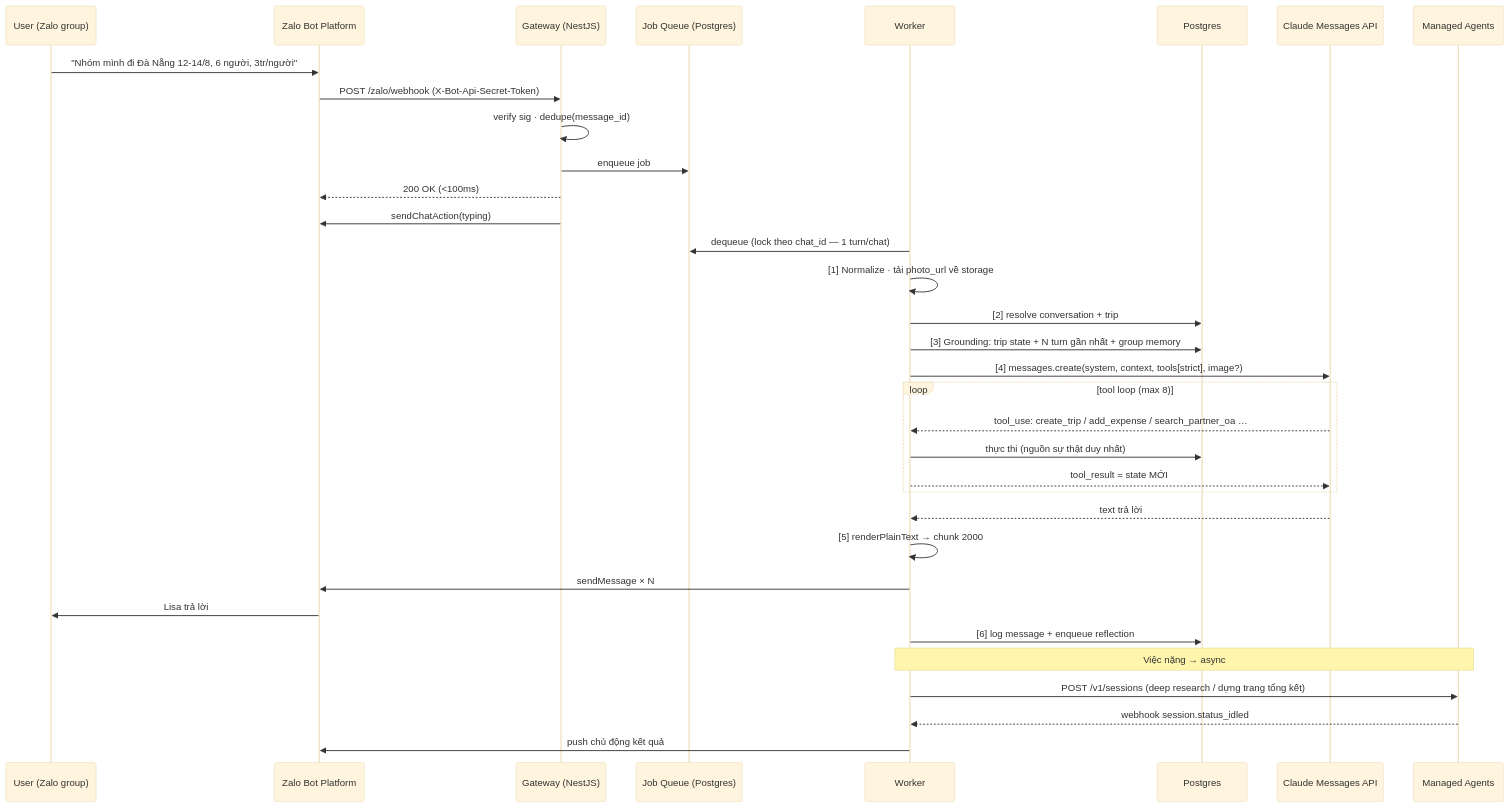
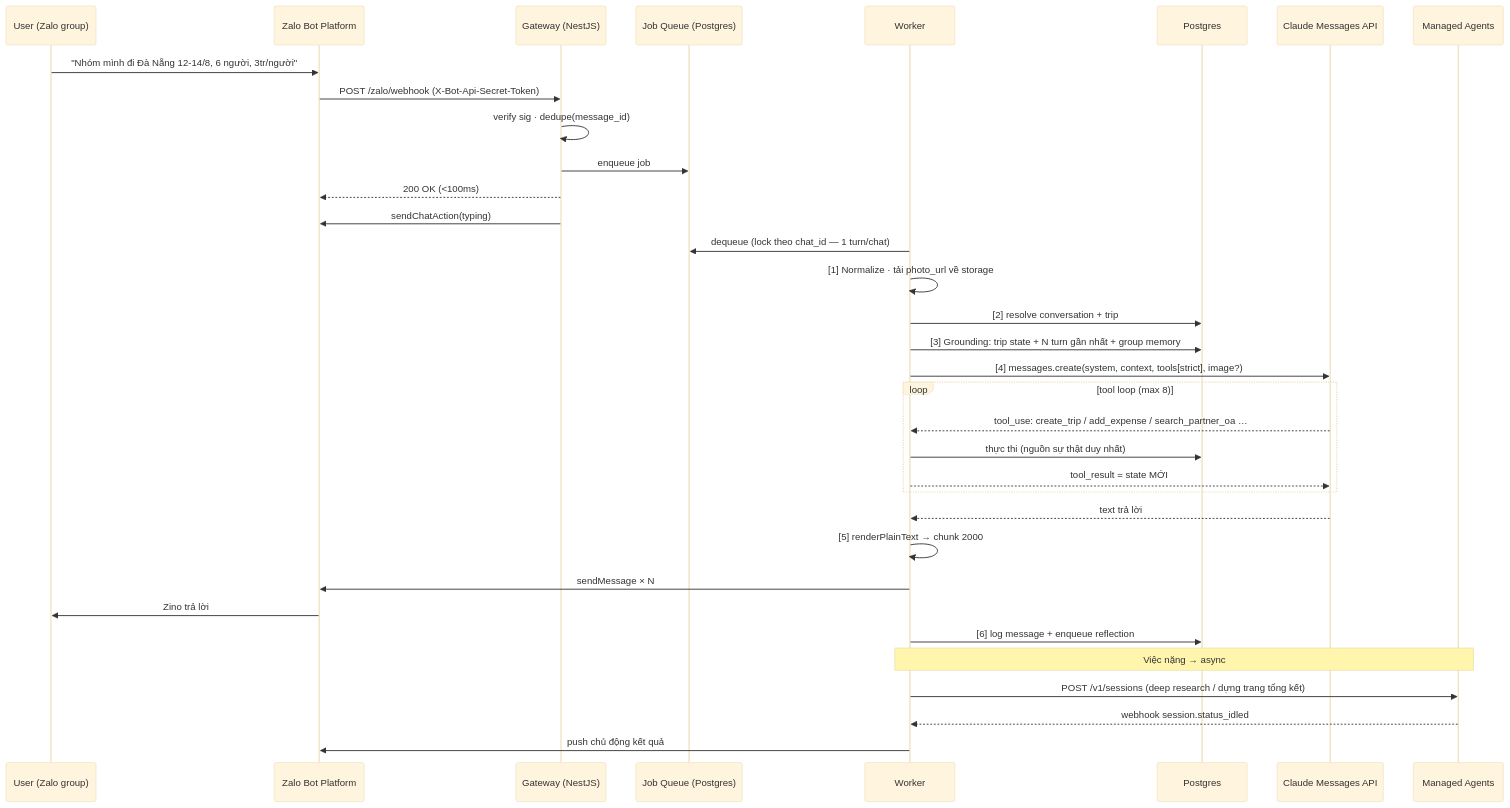
Before and after one commit to maitrungdong/lisa-travel-agent.qq.za.hackathon.2026: the first of 2 diagrams in docs/ARCHITECTURE.md, drawn with Mermaid (base theme). The commit also changed other lines of this file and 61 other files, not shown here.

Commit message:
rebrand: lisa -> zino, bot token moi

````diff
--- a/docs/ARCHITECTURE.md
+++ b/docs/ARCHITECTURE.md
@@ -49,41 +49,41 @@
 ```mermaid
 sequenceDiagram
     participant U as User (Zalo group)
     participant Z as Zalo Bot Platform
     participant GW as Gateway (NestJS)
     participant Q as Job Queue (Postgres)
     participant W as Worker
     participant DB as Postgres
     participant C as Claude Messages API
     participant MA as Managed Agents
 
     U->>Z: "Nhóm mình đi Đà Nẵng 12-14/8, 6 người, 3tr/người"
     Z->>GW: POST /zalo/webhook (X-Bot-Api-Secret-Token)
     GW->>GW: verify sig · dedupe(message_id)
     GW->>Q: enqueue job
     GW-->>Z: 200 OK (<100ms)
     GW->>Z: sendChatAction(typing)
 
     W->>Q: dequeue (lock theo chat_id — 1 turn/chat)
     W->>W: [1] Normalize · tải photo_url về storage
     W->>DB: [2] resolve conversation + trip
     W->>DB: [3] Grounding: trip state + N turn gần nhất + group memory
     W->>C: [4] messages.create(system, context, tools[strict], image?)
 
     loop tool loop (max 8)
         C-->>W: tool_use: create_trip / add_expense / search_partner_oa …
         W->>DB: thực thi (nguồn sự thật duy nhất)
         W-->>C: tool_result = state MỚI
     end
 
     C-->>W: text trả lời
     W->>W: [5] renderPlainText → chunk 2000
     W->>Z: sendMessage × N
-    Z->>U: Lisa trả lời
+    Z->>U: Zino trả lời
     W->>DB: [6] log message + enqueue reflection
 
     Note over W,MA: Việc nặng → async
     W->>MA: POST /v1/sessions (deep research / dựng trang tổng kết)
     MA-->>W: webhook session.status_idled
     W->>Z: push chủ động kết quả
 ```
````
